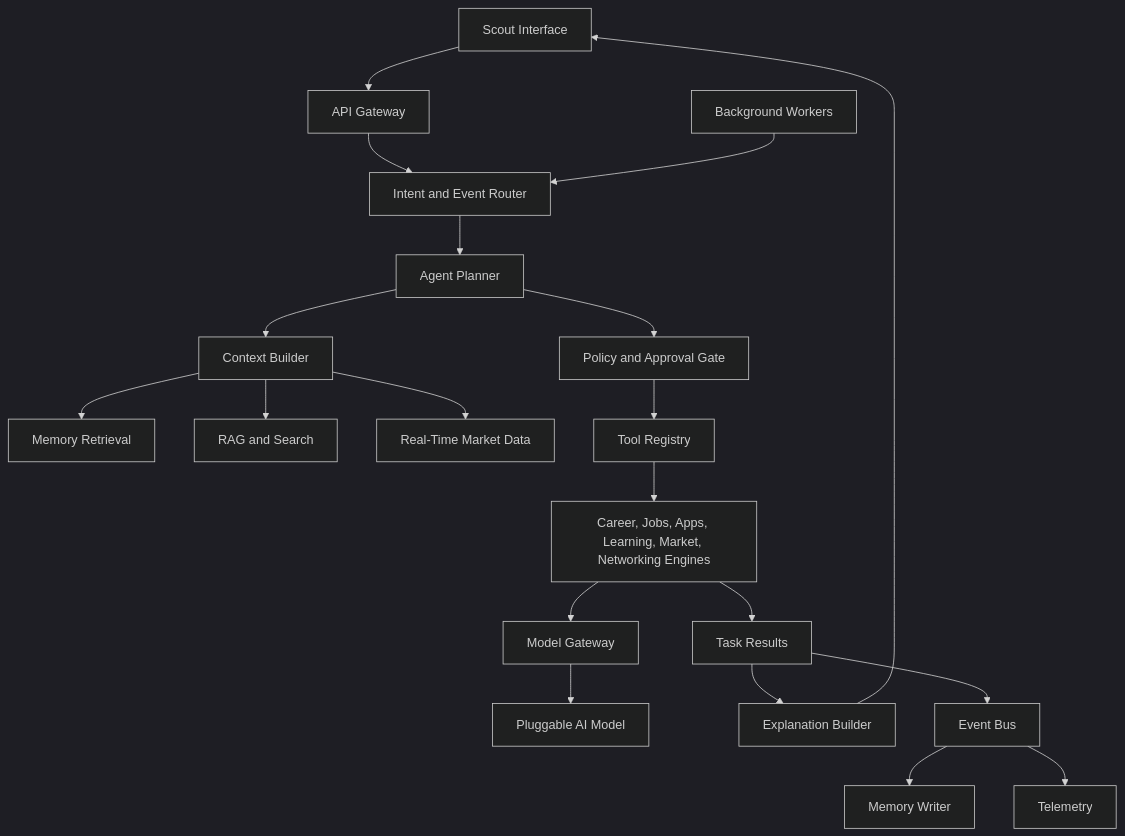
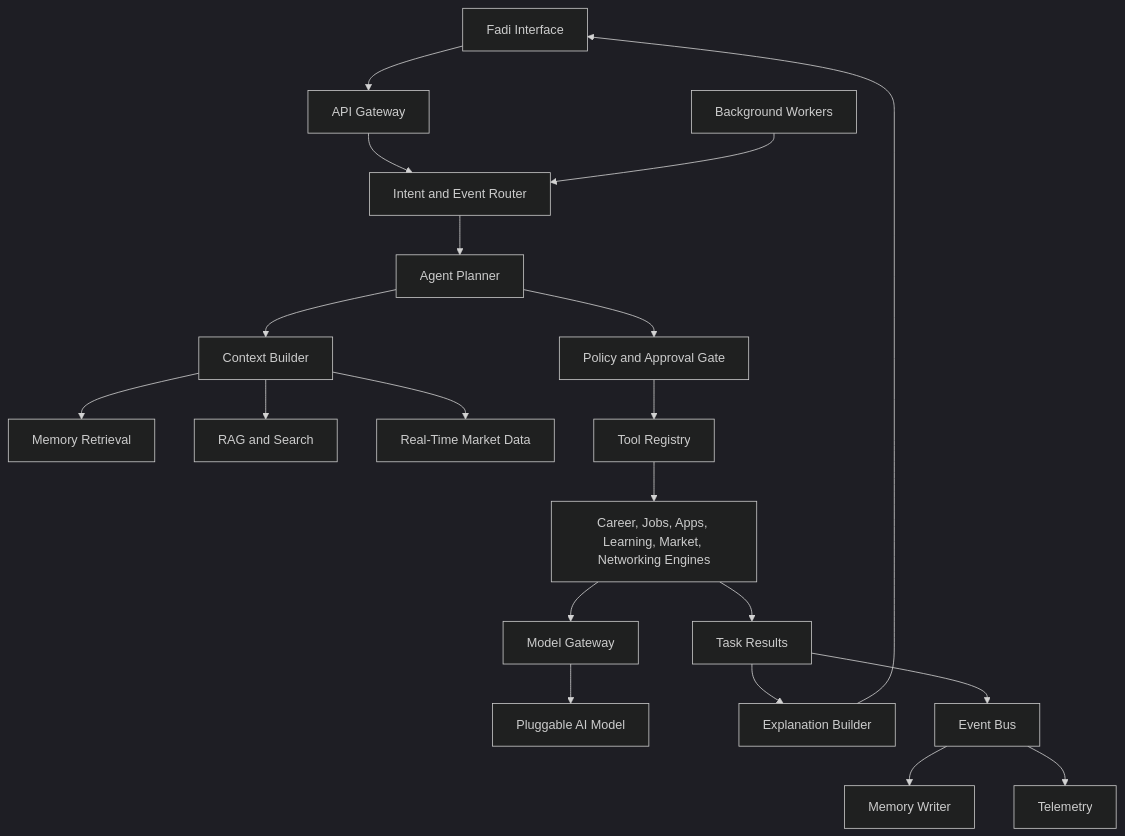
Before and after one commit to Mirzzie/Fadi: the diagram in docs/AGENT_ORCHESTRATION_ARCHITECTURE.md, drawn with Mermaid (dark theme). The commit also changed other lines of this file and 158 other files, not shown here.

First line of the commit message:
refactor!: rename agent Scout→Fadi and brand CareerOS→FadiOS

````diff
--- a/docs/AGENT_ORCHESTRATION_ARCHITECTURE.md
+++ b/docs/AGENT_ORCHESTRATION_ARCHITECTURE.md
@@ -23,22 +23,22 @@
 ```mermaid
 flowchart TD
-    ScoutUI[Scout Interface] --> API[API Gateway]
+    FadiUI[Fadi Interface] --> API[API Gateway]
     API --> Router[Intent and Event Router]
     Router --> Planner[Agent Planner]
     Planner --> Context[Context Builder]
     Context --> Memory[Memory Retrieval]
     Context --> RAG[RAG and Search]
     Context --> MarketData[Real-Time Market Data]
     Planner --> Policy[Policy and Approval Gate]
     Policy --> Tools[Tool Registry]
     Tools --> Engines[Career, Jobs, Apps, Learning, Market, Networking Engines]
     Engines --> Gateway[Model Gateway]
     Gateway --> Model[Pluggable AI Model]
     Engines --> Results[Task Results]
     Results --> Explainer[Explanation Builder]
-    Explainer --> ScoutUI
+    Explainer --> FadiUI
     Results --> Events[Event Bus]
     Events --> MemoryWriter[Memory Writer]
     Events --> Analytics[Telemetry]
     Background[Background Workers] --> Router
 ```
````
